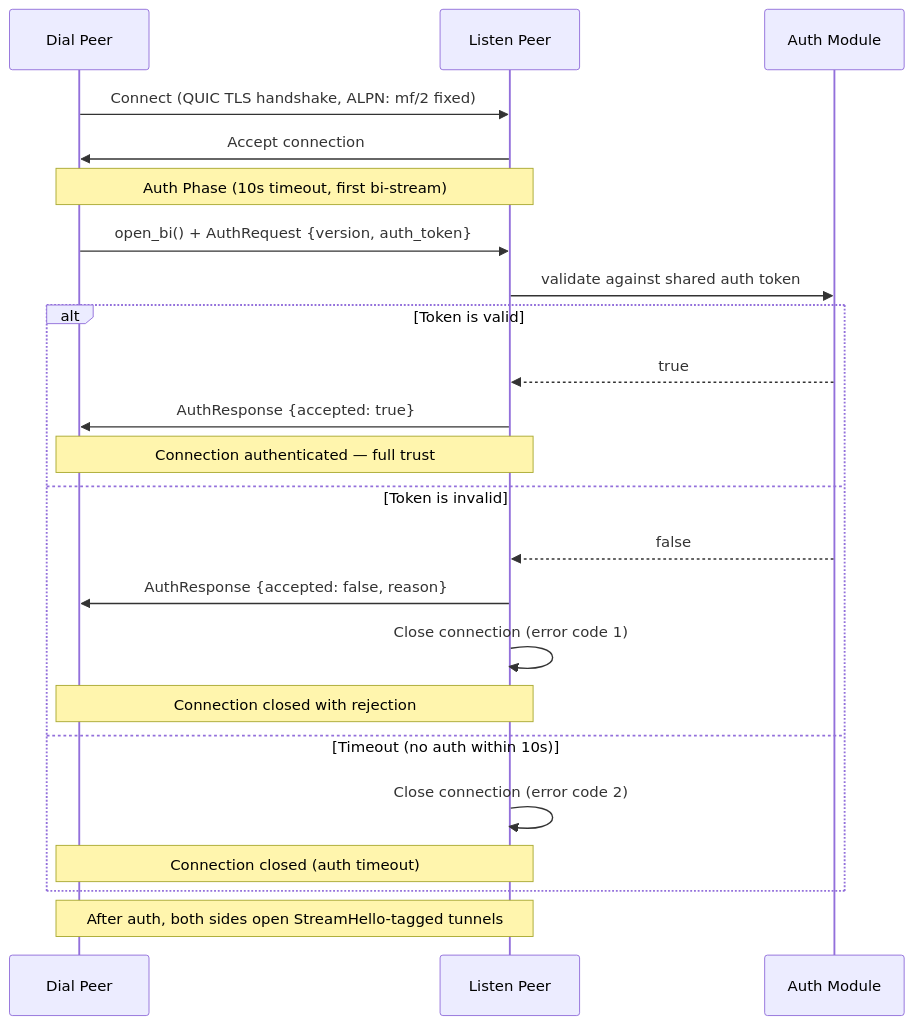
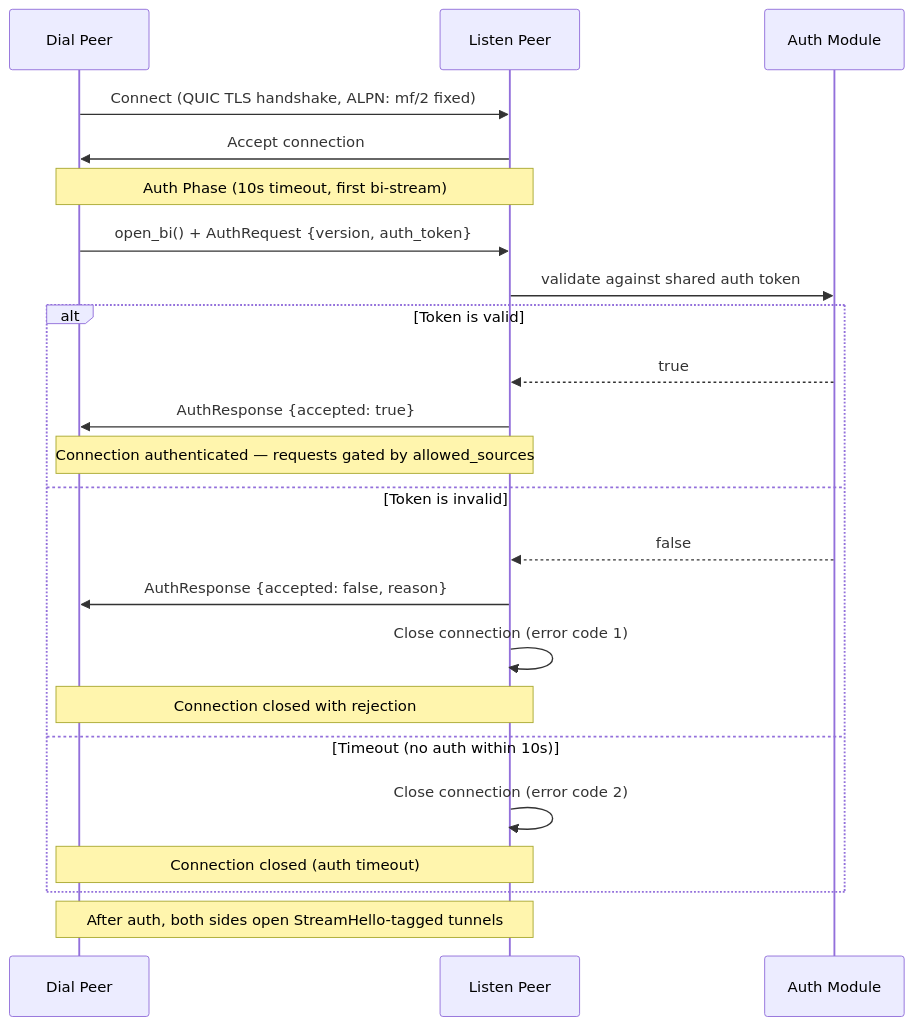
One commit to andrewtheguy/duopipe changed diagram 17 of 24 in docs/ARCHITECTURE.md. Above: the diagram before and after it, drawn with Mermaid. The commit also changed other lines of this file and 2 other files, not shown here.

````diff
--- a/docs/ARCHITECTURE.md
+++ b/docs/ARCHITECTURE.md
@@ -617,28 +617,28 @@
 ```mermaid
 sequenceDiagram
     participant D as Dial Peer
     participant L as Listen Peer
     participant A as Auth Module
 
     D->>L: Connect (QUIC TLS handshake, ALPN: mf/2 fixed)
     L->>D: Accept connection
 
     Note over D,L: Auth Phase (10s timeout, first bi-stream)
     D->>L: open_bi() + AuthRequest {version, auth_token}
     L->>A: validate against shared auth token
     alt Token is valid
         A-->>L: true
         L->>D: AuthResponse {accepted: true}
-        Note over L,D: Connection authenticated — full trust
+        Note over L,D: Connection authenticated — requests gated by allowed_sources
     else Token is invalid
         A-->>L: false
         L->>D: AuthResponse {accepted: false, reason}
         L->>L: Close connection (error code 1)
         Note over L,D: Connection closed with rejection
     else Timeout (no auth within 10s)
         L->>L: Close connection (error code 2)
         Note over L,D: Connection closed (auth timeout)
     end
 
     Note over D,L: After auth, both sides open StreamHello-tagged tunnels
 ```
````
